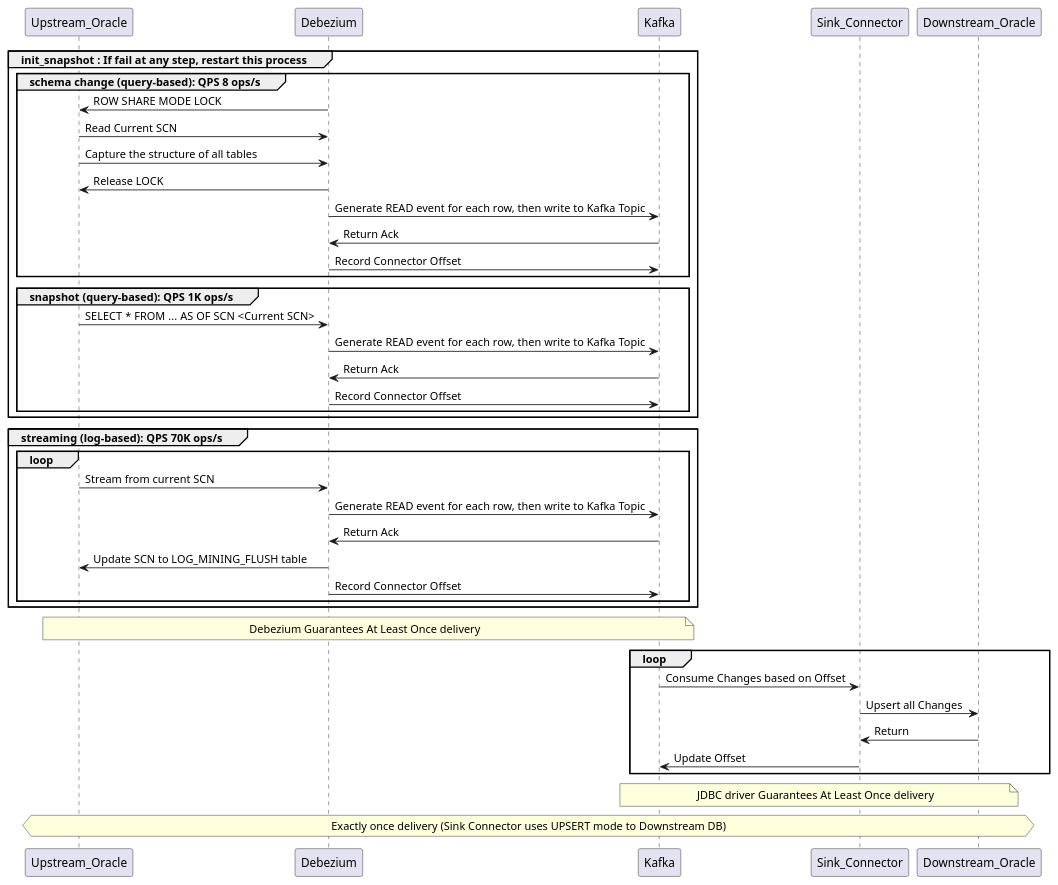
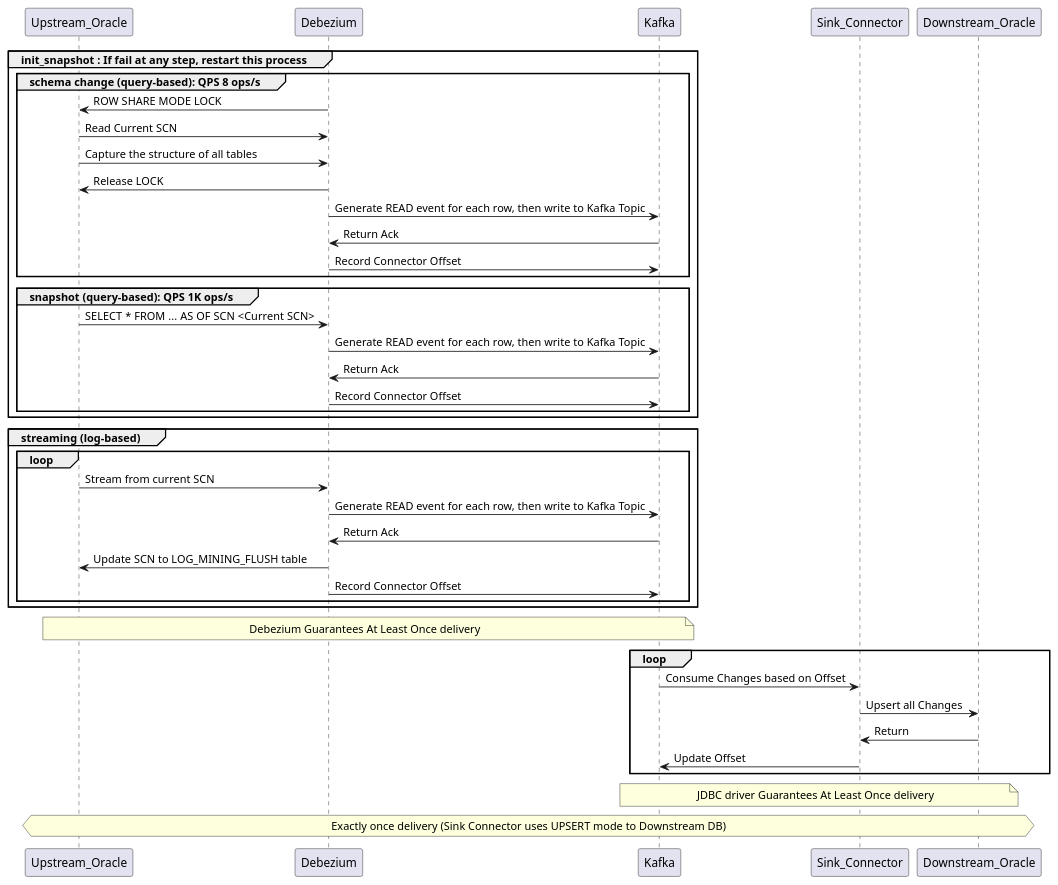
The diagram in doc/puml/dbrs.puml (omygod613/gg-tools), drawn with PlantUML before and after one commit.

```diff
--- a/doc/puml/dbrs.puml
+++ b/doc/puml/dbrs.puml
@@ -1,38 +1,38 @@
 @startuml
 group init_snapshot : If fail at any step, restart this process
     group schema change (query-based): QPS 8 ops/s
         Upstream_Oracle <- Debezium : ROW SHARE MODE LOCK
         Upstream_Oracle -> Debezium : Read Current SCN
         Upstream_Oracle -> Debezium : Capture the structure of all tables
         Upstream_Oracle <- Debezium : Release LOCK
         Debezium -> Kafka : Generate READ event for each row, then write to Kafka Topic
         Debezium <- Kafka : Return Ack
         Debezium -> Kafka : Record Connector Offset
     end
     group snapshot (query-based): QPS 1K ops/s
         Upstream_Oracle -> Debezium : SELECT * FROM  ... AS OF SCN <Current SCN>
         Debezium -> Kafka : Generate READ event for each row, then write to Kafka Topic
         Debezium <- Kafka : Return Ack
         Debezium -> Kafka : Record Connector Offset
     end
 end
-group streaming (log-based): QPS 70K ops/s
+group streaming (log-based)
     loop
         Upstream_Oracle -> Debezium : Stream from current SCN
         Debezium -> Kafka : Generate READ event for each row, then write to Kafka Topic
         Debezium <- Kafka : Return Ack
         Upstream_Oracle <- Debezium : Update SCN to LOG_MINING_FLUSH table
         Debezium -> Kafka : Record Connector Offset
     end
 end
 note over Upstream_Oracle, Kafka : Debezium Guarantees At Least Once delivery
 
 loop
     Kafka -> Sink_Connector : Consume Changes based on Offset
     Sink_Connector -> Downstream_Oracle : Upsert all Changes
     Sink_Connector <- Downstream_Oracle : Return
     Kafka <- Sink_Connector : Update Offset
 end
 note over Kafka, Downstream_Oracle : JDBC driver Guarantees At Least Once delivery
 hnote across : Exactly once delivery (Sink Connector uses UPSERT mode to Downstream DB)
 @enduml
```
